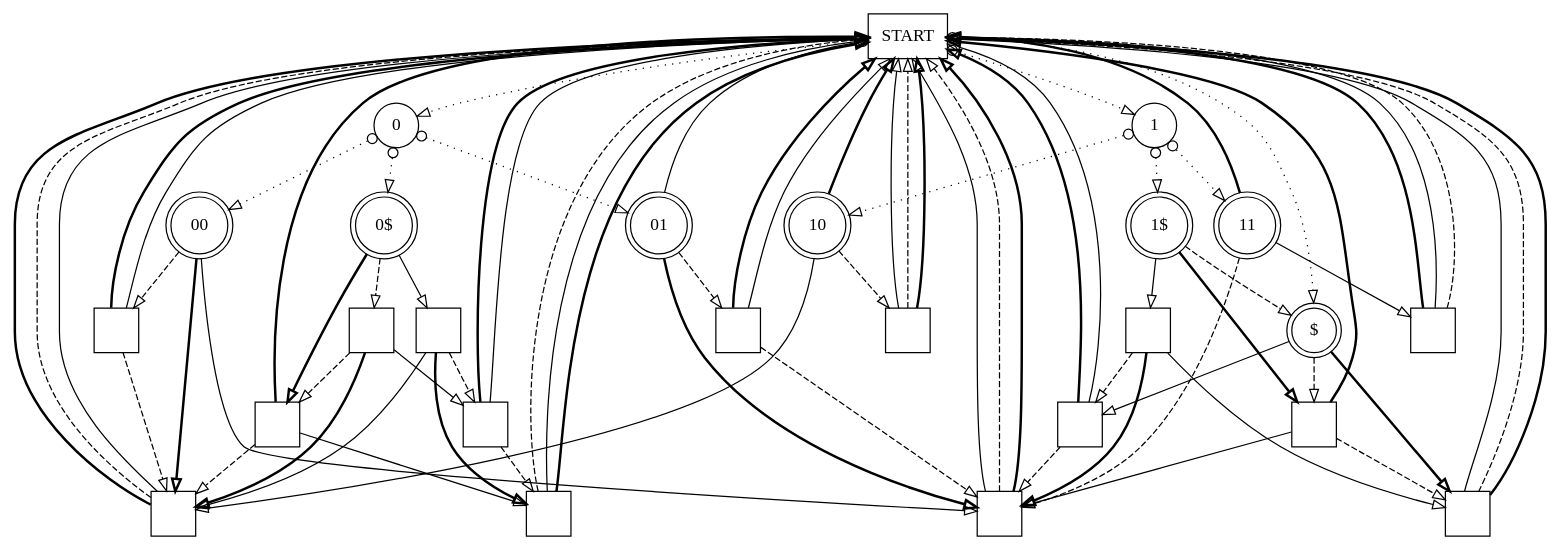
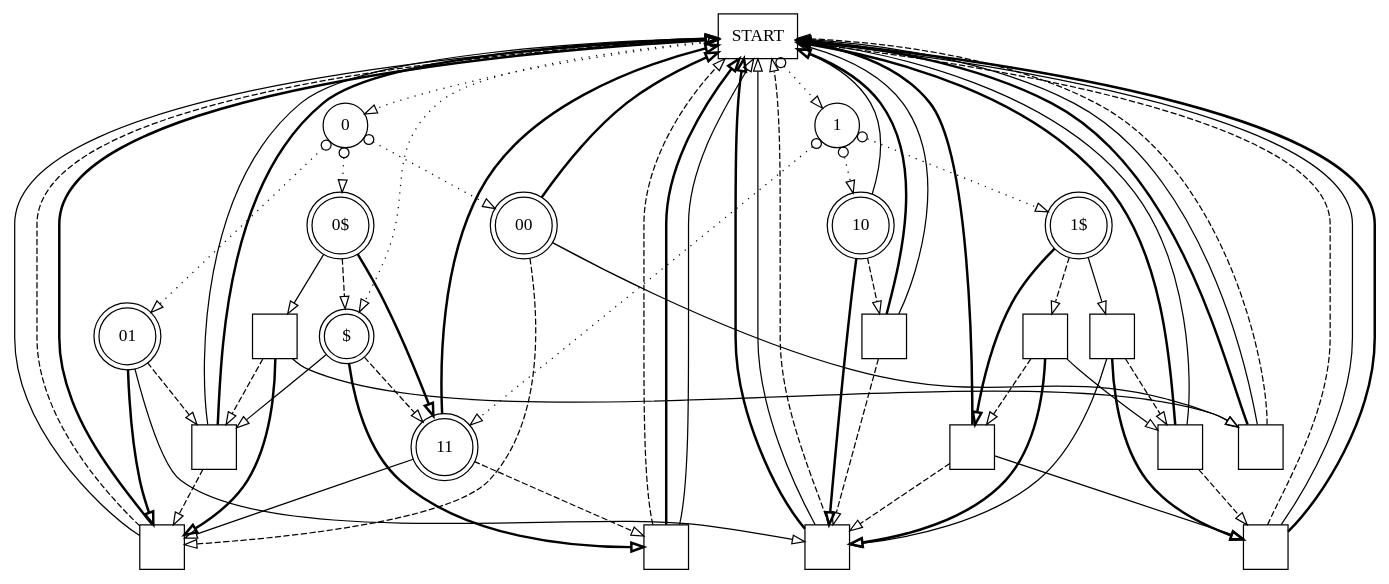
Before and after one commit to ihh/dnastore: the diagram in doc/eof2.dot, drawn with Graphviz. The commit also changed 46 other files, not shown here.

```diff
--- a/doc/eof2.dot
+++ b/doc/eof2.dot
@@ -1,102 +1,90 @@
 digraph G {
  S [style=solid;shape=box;label="START"];
  P0 [style=solid;shape=circle;label="0"];
  P1 [style=solid;shape=circle;label="1"];
  Wx [style=solid;shape=doublecircle;label="$"];
  W00 [style=solid;shape=doublecircle;label="00"];
  W01 [style=solid;shape=doublecircle;label="01"];
  W0x [style=solid;shape=doublecircle;label="0$"];
  W10 [style=solid;shape=doublecircle;label="10"];
  W11 [style=solid;shape=doublecircle;label="11"];
  W1x [style=solid;shape=doublecircle;label="1$"];
  C1 [style=solid;shape=square;label=""];
  C2 [style=solid;shape=square;label=""];
  C3 [style=solid;shape=square;label=""];
  C4 [style=solid;shape=square;label=""];
  C5 [style=solid;shape=square;label=""];
  C6 [style=solid;shape=square;label=""];
  C7 [style=solid;shape=square;label=""];
  C8 [style=solid;shape=square;label=""];
  C9 [style=solid;shape=square;label=""];
  C10 [style=solid;shape=square;label=""];
  C11 [style=solid;shape=square;label=""];
  C12 [style=solid;shape=square;label=""];
- C13 [style=solid;shape=square;label=""];
- C14 [style=solid;shape=square;label=""];
- C15 [style=solid;shape=square;label=""];
  S -> Wx [style=dotted;dir=both;arrowtail=odot;arrowhead=empty;];
+ S -> P1 [style=dotted;dir=both;arrowtail=odot;arrowhead=empty;];
  S -> P0 [style=dotted;dir=both;arrowtail=odot;arrowhead=empty;];
- S -> P1 [style=dotted;dir=both;arrowtail=odot;arrowhead=empty;];
+ P0 -> W0x [style=dotted;dir=both;arrowtail=odot;arrowhead=empty;];
+ P0 -> W00 [style=dotted;dir=both;arrowtail=odot;arrowhead=empty;];
  P0 -> W01 [style=dotted;dir=both;arrowtail=odot;arrowhead=empty;];
- P0 -> W00 [style=dotted;dir=both;arrowtail=odot;arrowhead=empty;];
- P0 -> W0x [style=dotted;dir=both;arrowtail=odot;arrowhead=empty;];
+ P1 -> W10 [style=dotted;dir=both;arrowtail=odot;arrowhead=empty;];
  P1 -> W11 [style=dotted;dir=both;arrowtail=odot;arrowhead=empty;];
- P1 -> W10 [style=dotted;dir=both;arrowtail=odot;arrowhead=empty;];
  P1 -> W1x [style=dotted;dir=both;arrowtail=odot;arrowhead=empty;];
- Wx -> C7 [style=bold;arrowhead=empty;];
- Wx -> C5 [style=dashed;arrowhead=empty;];
- Wx -> C6 [style=solid;arrowhead=empty;];
- W00 -> C10 [style=bold;arrowhead=empty;];
- W00 -> C9 [style=solid;arrowhead=empty;];
- W00 -> C8 [style=dashed;arrowhead=empty;];
- W01 -> C9 [style=bold;arrowhead=empty;];
- W01 -> C11 [style=dashed;arrowhead=empty;];
- W01 -> S [style=solid;arrowhead=empty;];
- W0x -> C3 [style=bold;arrowhead=empty;];
- W0x -> C1 [style=dashed;arrowhead=empty;];
- W0x -> C2 [style=solid;arrowhead=empty;];
- W10 -> C10 [style=solid;arrowhead=empty;];
- W10 -> C12 [style=dashed;arrowhead=empty;];
- W10 -> S [style=bold;arrowhead=empty;];
+ Wx -> C6 [style=bold;arrowhead=empty;];
+ Wx -> C3 [style=solid;arrowhead=empty;];
+ Wx -> W11 [style=dashed;arrowhead=empty;];
+ W00 -> S [style=bold;arrowhead=empty;];
+ W00 -> C2 [style=solid;arrowhead=empty;];
+ W00 -> C1 [style=dashed;arrowhead=empty;];
+ W01 -> C3 [style=dashed;arrowhead=empty;];
+ W01 -> C4 [style=solid;arrowhead=empty;];
+ W01 -> C1 [style=bold;arrowhead=empty;];
+ W0x -> C7 [style=solid;arrowhead=empty;];
+ W0x -> W11 [style=bold;arrowhead=empty;];
+ W0x -> Wx [style=dashed;arrowhead=empty;];
+ W10 -> C4 [style=bold;arrowhead=empty;];
+ W10 -> C5 [style=dashed;arrowhead=empty;];
+ W10 -> S [style=solid;arrowhead=empty;];
  W11 -> S [style=bold;arrowhead=empty;];
- W11 -> C13 [style=solid;arrowhead=empty;];
- W11 -> C9 [style=dashed;arrowhead=empty;];
- W1x -> C4 [style=solid;arrowhead=empty;];
- W1x -> Wx [style=dashed;arrowhead=empty;];
- W1x -> C5 [style=bold;arrowhead=empty;];
- C1 -> C10 [style=bold;arrowhead=empty;];
- C1 -> C14 [style=solid;arrowhead=empty;];
- C1 -> C3 [style=dashed;arrowhead=empty;];
- C2 -> C15 [style=bold;arrowhead=empty;];
- C2 -> C14 [style=dashed;arrowhead=empty;];
- C2 -> C10 [style=solid;arrowhead=empty;];
+ W11 -> C1 [style=solid;arrowhead=empty;];
+ W11 -> C6 [style=dashed;arrowhead=empty;];
+ W1x -> C9 [style=solid;arrowhead=empty;];
+ W1x -> C10 [style=bold;arrowhead=empty;];
+ W1x -> C8 [style=dashed;arrowhead=empty;];
+ C1 -> S [style=solid;arrowhead=empty;];
+ C1 -> S [style=dashed;arrowhead=empty;];
+ C1 -> S [style=bold;arrowhead=empty;];
+ C2 -> S [style=bold;arrowhead=empty;];
+ C2 -> S [style=solid;arrowhead=empty;];
+ C2 -> S [style=dashed;arrowhead=empty;];
+ C3 -> C1 [style=dashed;arrowhead=empty;];
+ C3 -> S [style=solid;arrowhead=empty;];
  C3 -> S [style=bold;arrowhead=empty;];
- C3 -> C10 [style=dashed;arrowhead=empty;];
- C3 -> C15 [style=solid;arrowhead=empty;];
- C4 -> C9 [style=bold;arrowhead=empty;];
- C4 -> C6 [style=dashed;arrowhead=empty;];
- C4 -> C7 [style=solid;arrowhead=empty;];
- C5 -> C7 [style=dashed;arrowhead=empty;];
- C5 -> C9 [style=solid;arrowhead=empty;];
+ C4 -> S [style=bold;arrowhead=empty;];
+ C4 -> S [style=solid;arrowhead=empty;];
+ C4 -> S [style=dashed;arrowhead=empty;];
+ C5 -> C4 [style=dashed;arrowhead=empty;];
  C5 -> S [style=bold;arrowhead=empty;];
+ C5 -> S [style=solid;arrowhead=empty;];
+ C6 -> S [style=dashed;arrowhead=empty;];
  C6 -> S [style=bold;arrowhead=empty;];
  C6 -> S [style=solid;arrowhead=empty;];
- C6 -> C9 [style=dashed;arrowhead=empty;];
- C7 -> S [style=solid;arrowhead=empty;];
- C7 -> S [style=dashed;arrowhead=empty;];
- C7 -> S [style=bold;arrowhead=empty;];
- C8 -> S [style=bold;arrowhead=empty;];
+ C7 -> C2 [style=solid;arrowhead=empty;];
+ C7 -> C1 [style=bold;arrowhead=empty;];
+ C7 -> C3 [style=dashed;arrowhead=empty;];
+ C8 -> C11 [style=solid;arrowhead=empty;];
+ C8 -> C4 [style=bold;arrowhead=empty;];
  C8 -> C10 [style=dashed;arrowhead=empty;];
- C8 -> S [style=solid;arrowhead=empty;];
- C9 -> S [style=solid;arrowhead=empty;];
- C9 -> S [style=dashed;arrowhead=empty;];
- C9 -> S [style=bold;arrowhead=empty;];
+ C9 -> C12 [style=bold;arrowhead=empty;];
+ C9 -> C4 [style=solid;arrowhead=empty;];
+ C9 -> C11 [style=dashed;arrowhead=empty;];
+ C10 -> C4 [style=dashed;arrowhead=empty;];
+ C10 -> C12 [style=solid;arrowhead=empty;];
  C10 -> S [style=bold;arrowhead=empty;];
- C10 -> S [style=dashed;arrowhead=empty;];
- C10 -> S [style=solid;arrowhead=empty;];
+ C11 -> C12 [style=dashed;arrowhead=empty;];
  C11 -> S [style=bold;arrowhead=empty;];
- C11 -> C9 [style=dashed;arrowhead=empty;];
  C11 -> S [style=solid;arrowhead=empty;];
+ C12 -> S [style=dashed;arrowhead=empty;];
  C12 -> S [style=solid;arrowhead=empty;];
- C12 -> S [style=dashed;arrowhead=empty;];
  C12 -> S [style=bold;arrowhead=empty;];
- C13 -> S [style=bold;arrowhead=empty;];
- C13 -> S [style=solid;arrowhead=empty;];
- C13 -> S [style=dashed;arrowhead=empty;];
- C14 -> S [style=bold;arrowhead=empty;];
- C14 -> C15 [style=dashed;arrowhead=empty;];
- C14 -> S [style=solid;arrowhead=empty;];
- C15 -> S [style=dashed;arrowhead=empty;];
- C15 -> S [style=solid;arrowhead=empty;];
- C15 -> S [style=bold;arrowhead=empty;];
 }
```
